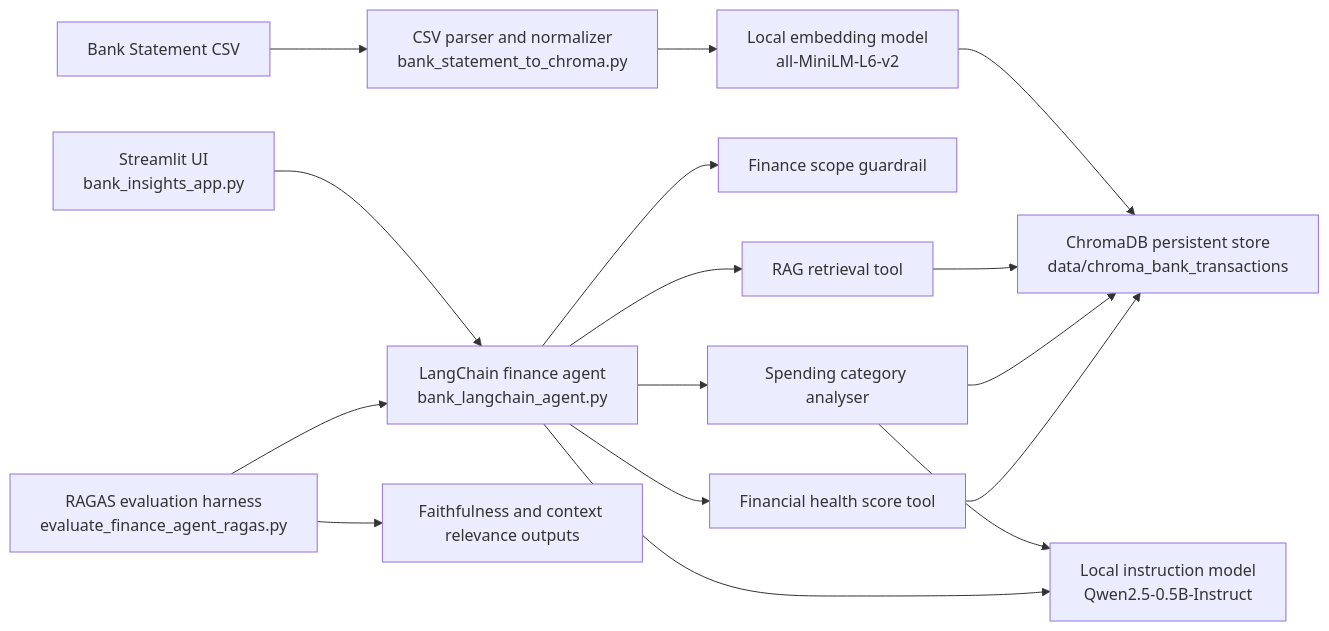
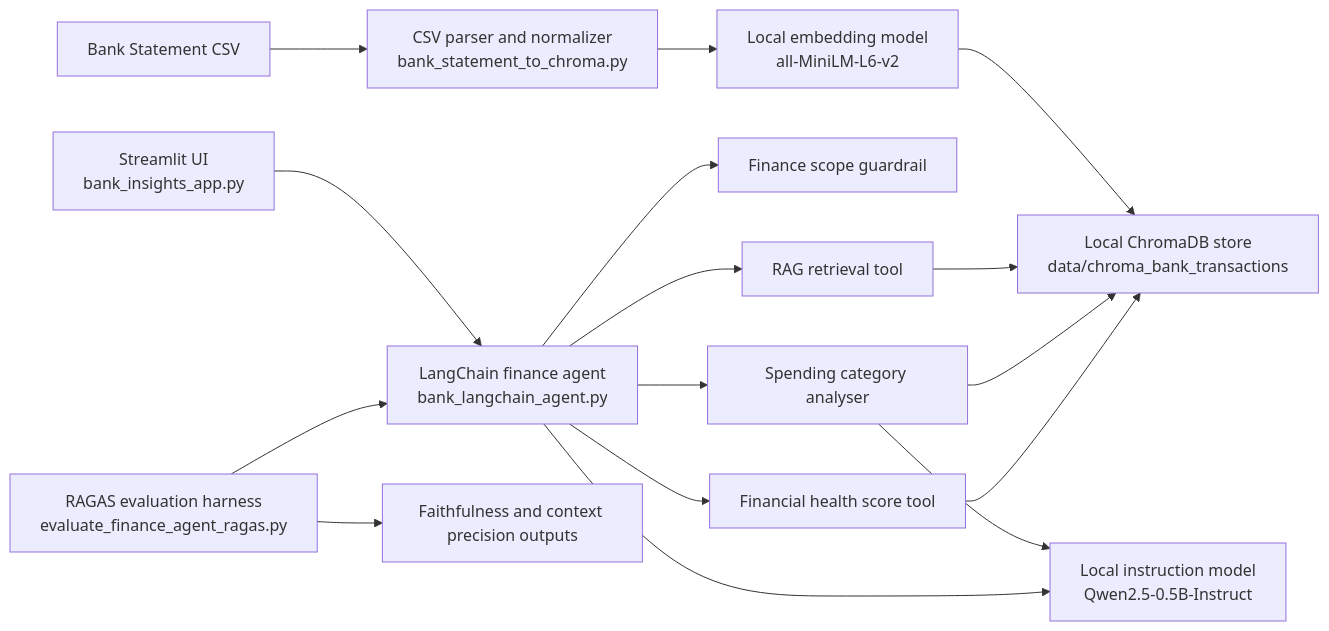
The diagram in README.md (Naveii/FinSense), drawn with Mermaid before and after one commit. The commit also changed other lines of this file and 7 other files, not shown here.

````diff
--- a/README.md
+++ b/README.md
@@ -25,22 +25,22 @@
 ```mermaid
 flowchart LR
     A["Bank Statement CSV"] --> B["CSV parser and normalizer<br/>bank_statement_to_chroma.py"]
     B --> C["Local embedding model<br/>all-MiniLM-L6-v2"]
-    C --> D["ChromaDB persistent store<br/>data/chroma_bank_transactions"]
+    C --> D["Local ChromaDB store<br/>data/chroma_bank_transactions"]
 
     E["Streamlit UI<br/>bank_insights_app.py"] --> F["LangChain finance agent<br/>bank_langchain_agent.py"]
     F --> G["Finance scope guardrail"]
     F --> H["RAG retrieval tool"]
     F --> I["Spending category analyser"]
     F --> J["Financial health score tool"]
 
     H --> D
     I --> D
     J --> D
 
     I --> K["Local instruction model<br/>Qwen2.5-0.5B-Instruct"]
     F --> K
 
     L["RAGAS evaluation harness<br/>evaluate_finance_agent_ragas.py"] --> F
-    L --> M["Faithfulness and context relevance outputs"]
+    L --> M["Faithfulness and context precision outputs"]
 ```
````
